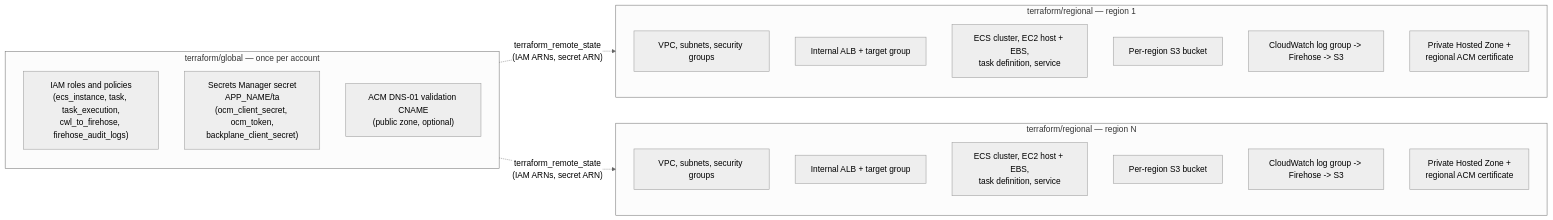
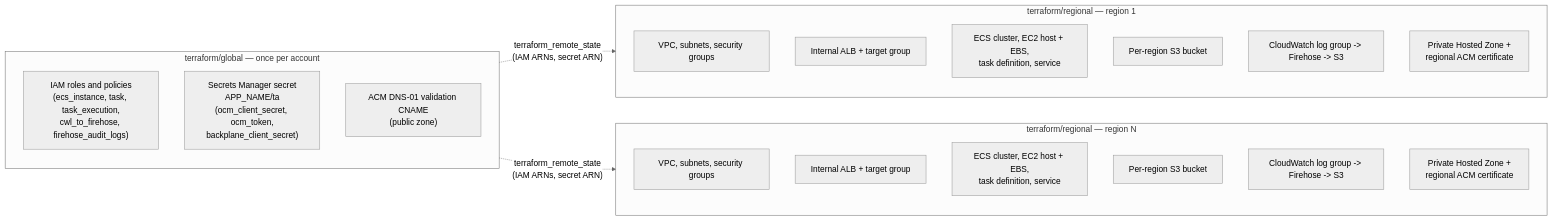
Before and after one commit to openshift-online/rosa-boundary: the first of 5 diagrams in openwiki/infrastructure/trusted-actions-deployment.md, drawn with Mermaid (neutral theme). The commit also changed other lines of this file and 46 other files, not shown here.

````diff
--- a/openwiki/infrastructure/trusted-actions-deployment.md
+++ b/openwiki/infrastructure/trusted-actions-deployment.md
@@ -80,29 +79,29 @@
 ```mermaid
 flowchart LR
     subgraph GLOBAL["terraform/global — once per account"]
         IAM["IAM roles and policies\n(ecs_instance, task, task_execution,\ncwl_to_firehose, firehose_audit_logs)"]
         SECRETS["Secrets Manager secret\nAPP_NAME/ta\n(ocm_client_secret, ocm_token,\nbackplane_client_secret)"]
-        DNSG["ACM DNS-01 validation CNAME\n(public zone, optional)"]
+        DNSG["ACM DNS-01 validation CNAME\n(public zone)"]
     end
 
     subgraph R1["terraform/regional — region 1"]
         NET1["VPC, subnets, security groups"]
         ALB1["Internal ALB + target group"]
         ECS1["ECS cluster, EC2 host + EBS,\ntask definition, service"]
         S31["Per-region S3 bucket"]
         AUDIT1["CloudWatch log group -> Firehose -> S3"]
         DNS1["Private Hosted Zone +\nregional ACM certificate"]
     end
 
     subgraph R2["terraform/regional — region N"]
         NET2["VPC, subnets, security groups"]
         ALB2["Internal ALB + target group"]
         ECS2["ECS cluster, EC2 host + EBS,\ntask definition, service"]
         S32["Per-region S3 bucket"]
         AUDIT2["CloudWatch log group -> Firehose -> S3"]
         DNS2["Private Hosted Zone +\nregional ACM certificate"]
     end
 
     GLOBAL -. "terraform_remote_state\n(IAM ARNs, secret ARN)" .-> R1
     GLOBAL -. "terraform_remote_state\n(IAM ARNs, secret ARN)" .-> R2
 ```
````
